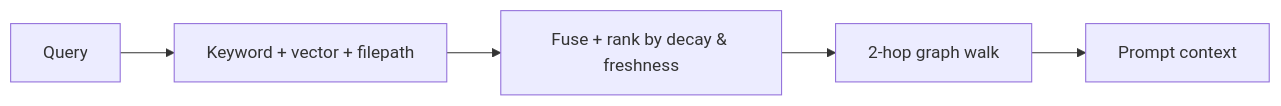
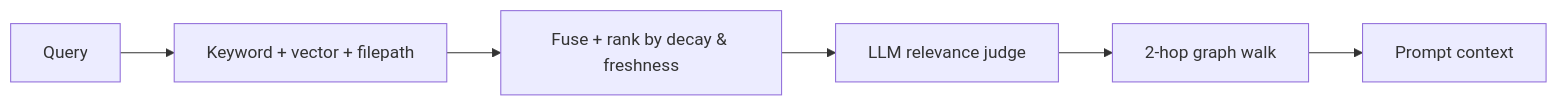
The second of 2 diagrams in PRESENTATION.md (kinqsradiollc/BrainRouter), drawn with Mermaid before and after one commit. The commit also changed other lines of this file and 6 other files, not shown here.

First line of the commit message:
chore(0.3.5): env templates reorg + docs diagram refresh

````diff
--- a/PRESENTATION.md
+++ b/PRESENTATION.md
@@ -53,7 +53,8 @@
 ```mermaid
 graph LR
     Q[Query] --> R[Keyword + vector + filepath]
     R --> F[Fuse + rank by decay & freshness]
-    F --> G[2-hop graph walk]
+    F --> J[LLM relevance judge]
+    J --> G[2-hop graph walk]
     G --> P[Prompt context]
 ```
````
